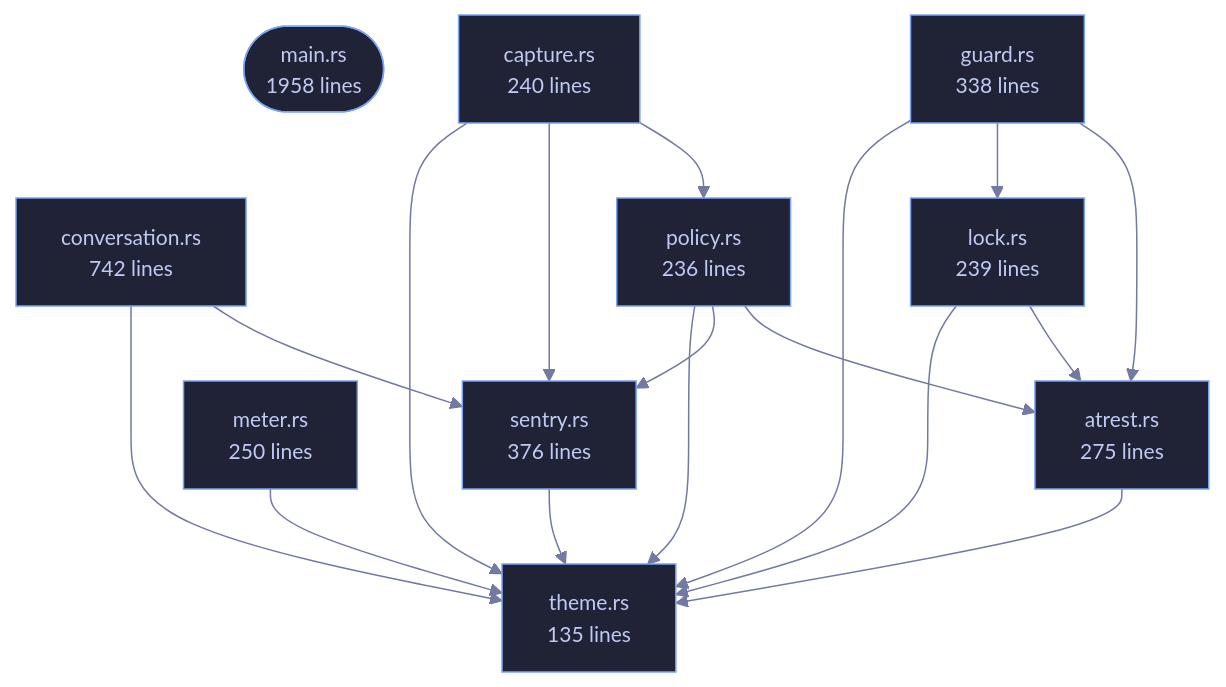
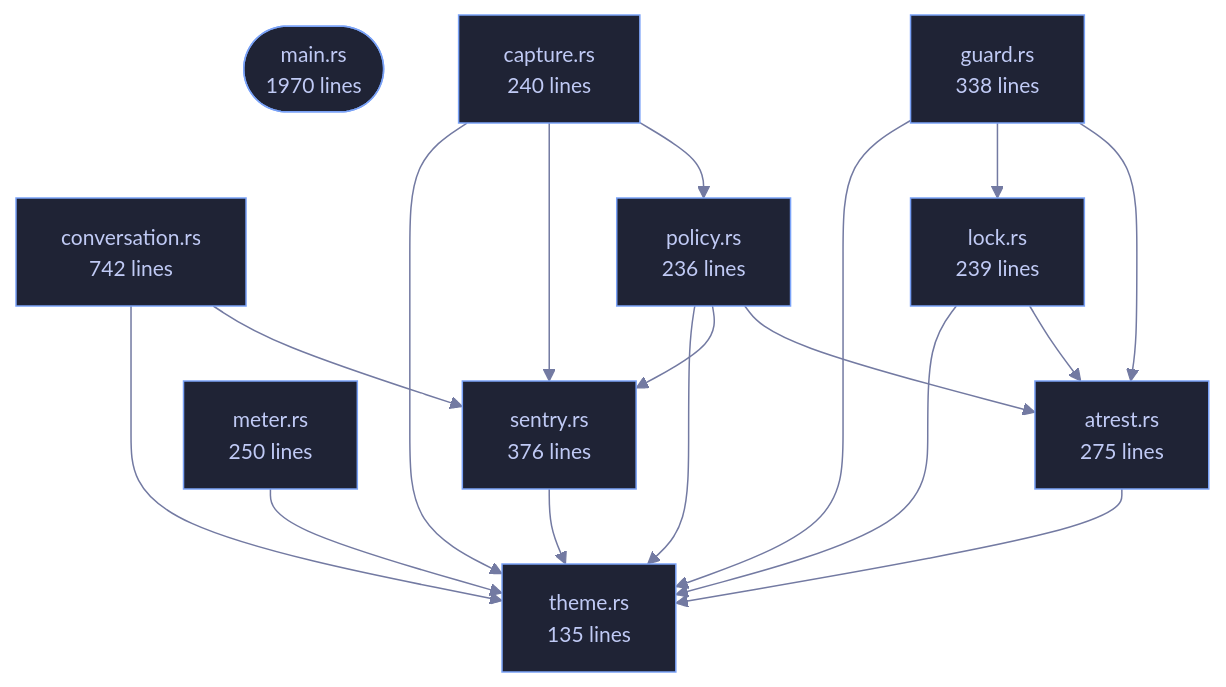
One commit to tilas01/veilvoice changed the diagram in crates/veilvoice-cli/README.md. Above: the diagram before and after it, drawn with Mermaid. The commit also changed other lines of this file and 182 other files, not shown here.

````diff
--- a/crates/veilvoice-cli/README.md
+++ b/crates/veilvoice-cli/README.md
@@ -97,40 +110,40 @@
 ```mermaid
 %%{init: {"theme":"base","themeVariables":{"background":"#1a1b26","primaryColor":"#1f2335","primaryTextColor":"#c0caf5","primaryBorderColor":"#7aa2f7","secondaryColor":"#16161e","tertiaryColor":"#16161e","lineColor":"#737aa2","textColor":"#c0caf5","mainBkg":"#1f2335","nodeBorder":"#7aa2f7","clusterBkg":"#16161e","clusterBorder":"#2f3549","fontFamily":"ui-monospace, SFMono-Regular, Consolas, monospace","fontSize":"14px"}}}%%
 flowchart TD
-    n_main(["main.rs<br/>1958 lines"])
+    n_main(["main.rs<br/>1970 lines"])
     n_atrest["atrest.rs<br/>275 lines"]
     n_capture["capture.rs<br/>240 lines"]
     n_conversation["conversation.rs<br/>742 lines"]
     n_guard["guard.rs<br/>338 lines"]
     n_lock["lock.rs<br/>239 lines"]
     n_meter["meter.rs<br/>250 lines"]
     n_policy["policy.rs<br/>236 lines"]
     n_sentry["sentry.rs<br/>376 lines"]
     n_theme["theme.rs<br/>135 lines"]
     n_atrest --> n_theme
     n_capture --> n_policy
     n_capture --> n_sentry
     n_capture --> n_theme
     n_conversation --> n_sentry
     n_conversation --> n_theme
     n_guard --> n_atrest
     n_guard --> n_lock
     n_guard --> n_theme
     n_lock --> n_atrest
     n_lock --> n_theme
     n_meter --> n_theme
     n_policy --> n_atrest
     n_policy --> n_sentry
     n_policy --> n_theme
     n_sentry --> n_theme
     click n_main href "https://github.com/tilas01/veilvoice/blob/main/crates/veilvoice-cli/src/main.rs" "open the source"
     click n_atrest href "https://github.com/tilas01/veilvoice/blob/main/crates/veilvoice-cli/src/atrest.rs" "open the source"
     click n_capture href "https://github.com/tilas01/veilvoice/blob/main/crates/veilvoice-cli/src/capture.rs" "open the source"
     click n_conversation href "https://github.com/tilas01/veilvoice/blob/main/crates/veilvoice-cli/src/conversation.rs" "open the source"
     click n_guard href "https://github.com/tilas01/veilvoice/blob/main/crates/veilvoice-cli/src/guard.rs" "open the source"
     click n_lock href "https://github.com/tilas01/veilvoice/blob/main/crates/veilvoice-cli/src/lock.rs" "open the source"
     click n_meter href "https://github.com/tilas01/veilvoice/blob/main/crates/veilvoice-cli/src/meter.rs" "open the source"
     click n_policy href "https://github.com/tilas01/veilvoice/blob/main/crates/veilvoice-cli/src/policy.rs" "open the source"
     click n_sentry href "https://github.com/tilas01/veilvoice/blob/main/crates/veilvoice-cli/src/sentry.rs" "open the source"
     click n_theme href "https://github.com/tilas01/veilvoice/blob/main/crates/veilvoice-cli/src/theme.rs" "open the source"
 ```
````
